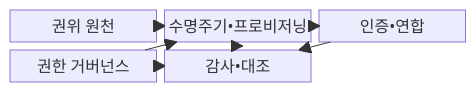
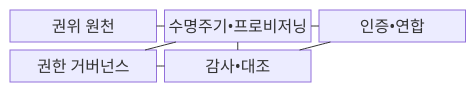
One commit to agnusdei1207/knowledge-base changed the first of 2 diagrams in src/content/docs/notes/05-security/061_iam.md. Above: the diagram before and after it, drawn with Mermaid. The commit also changed other lines of this file and 493 other files, not shown here.

````diff
--- a/src/content/docs/notes/05-security/061_iam.md
+++ b/src/content/docs/notes/05-security/061_iam.md
@@ -65,15 +65,15 @@
 ```mermaid
 block-beta
   columns 3
   A["권위 원천"]
   B["수명주기•프로비저닝"]
   C["인증•연합"]
   D["권한 거버넌스"]
   E["감사•대조"]
-    A --> B
-    D --> B
-    B --> C
-    B --> E
-    C --> E
-    D --> E
+    A --- B
+    D --- B
+    B --- C
+    B --- E
+    C --- E
+    D --- E
 ```
````
